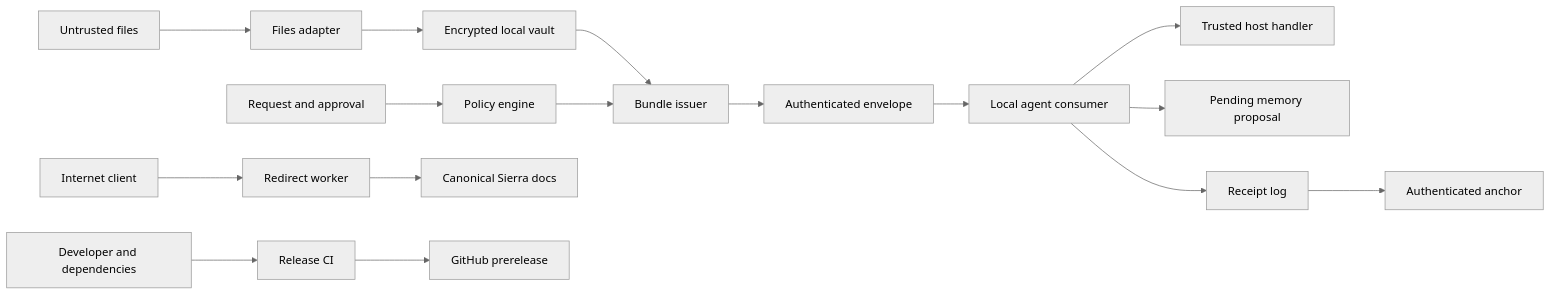
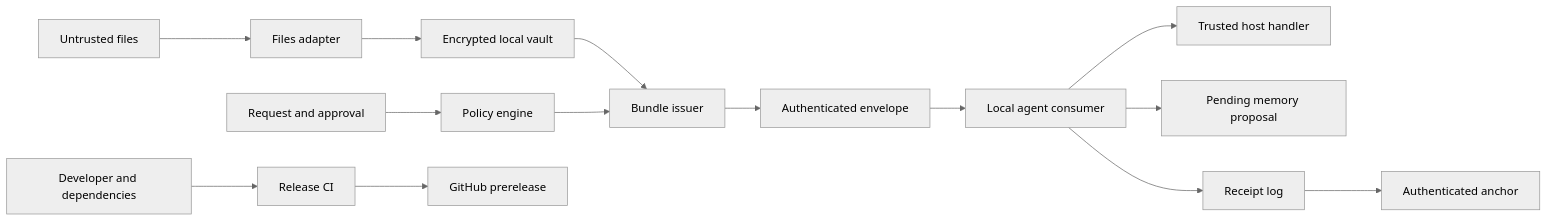
One commit to sierracatalina/context-layer changed the diagram in docs/context-layer-threat-model.md. Above: the diagram before and after it, drawn with Mermaid (neutral theme). The commit also changed other lines of this file and 57 other files, not shown here.

````diff
--- a/docs/context-layer-threat-model.md
+++ b/docs/context-layer-threat-model.md
@@ -72,18 +69,16 @@
 ```mermaid
 flowchart LR
   F["Untrusted files"] --> A["Files adapter"]
   A --> V["Encrypted local vault"]
   R["Request and approval"] --> P["Policy engine"]
   V --> B["Bundle issuer"]
   P --> B
   B --> E["Authenticated envelope"]
   E --> C["Local agent consumer"]
   C --> H["Trusted host handler"]
   C --> M["Pending memory proposal"]
   C --> L["Receipt log"]
   L --> K["Authenticated anchor"]
-  I["Internet client"] --> W["Redirect worker"]
-  W --> S["Canonical Sierra docs"]
   D["Developer and dependencies"] --> CI["Release CI"]
   CI --> G["GitHub prerelease"]
 ```
````
